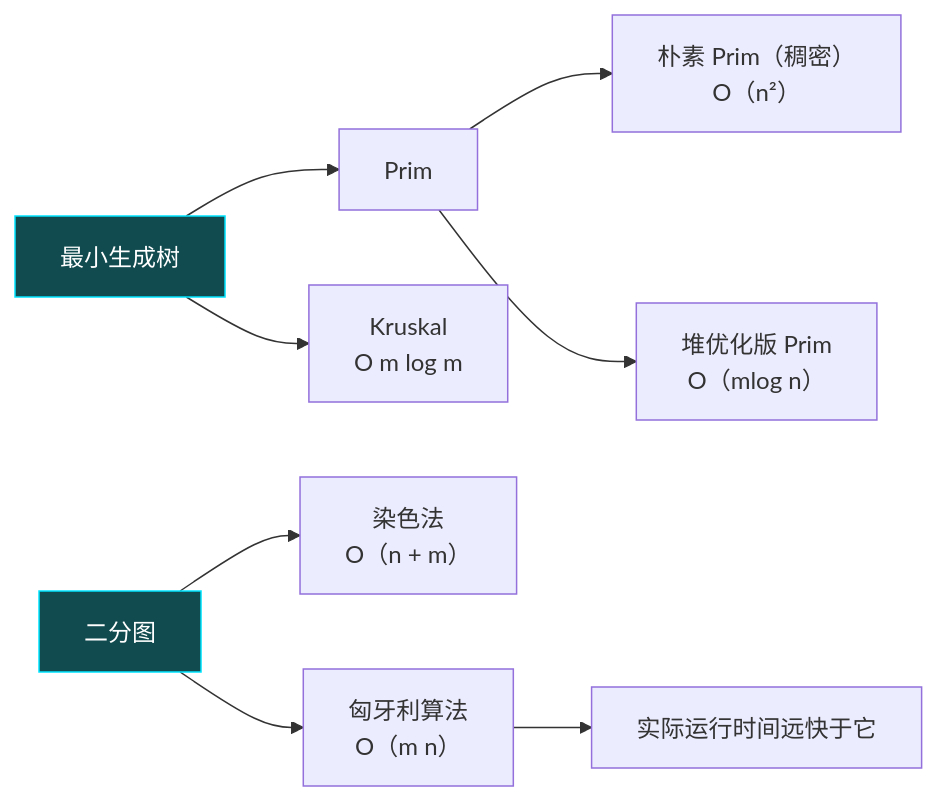
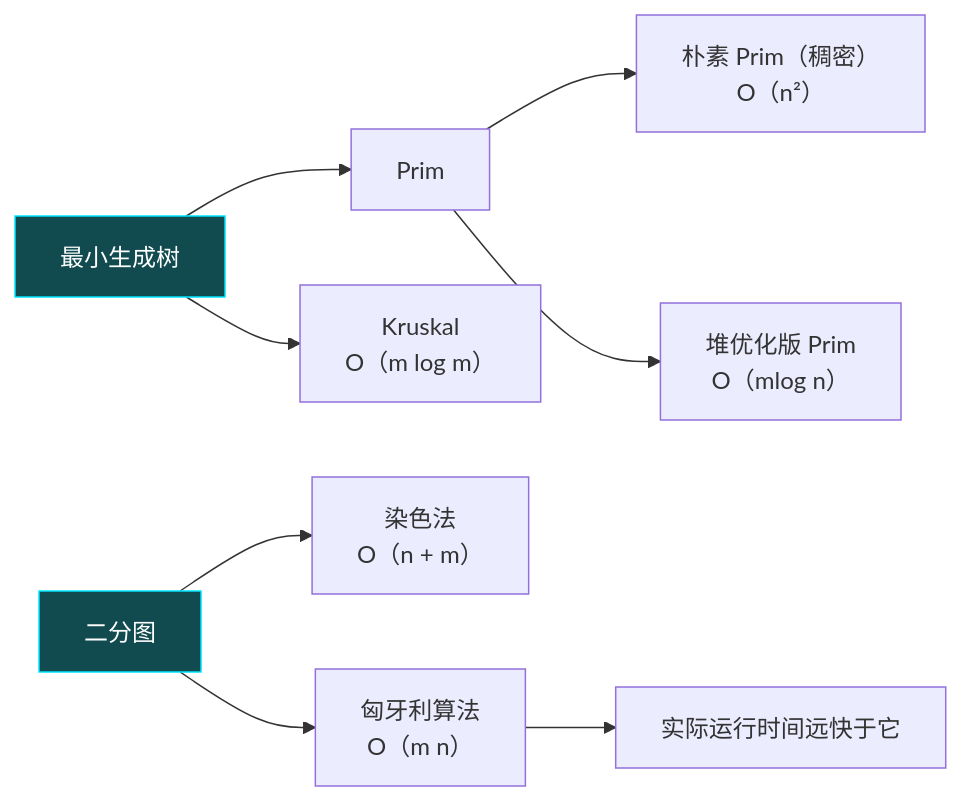
One commit to yxmmmm/obsidian-vault changed the diagram in algorithm/最小生成树和二分图.md. Above: the diagram before and after it, drawn with Mermaid. The commit also changed other lines of this file and 1 other file, not shown here.

````diff
--- a/algorithm/最小生成树和二分图.md
+++ b/algorithm/最小生成树和二分图.md
@@ -3,23 +3,23 @@
 ```mermaid
 graph LR
     %% 核心节点
     MST[最小生成树]
     Bi[二分图]
 
     %% 最小生成树分支
     MST --> Prim[Prim]
-    MST --> Kruskal[Kruskal <br>O m log m]
+    MST --> Kruskal[Kruskal <br>O（m log m）]
     
     Prim --> Prim_Naive[朴素 Prim（稠密）<br>O（n²）]
     Prim --> Prim_Heap[堆优化版 Prim <br>O（mlog n）]
 
     %% 二分图分支
     Bi --> Coloring[染色法 <br>O（n + m）]
     Bi --> Hungarian[匈牙利算法 <br>O（m n）]
     
     Hungarian --> Note[实际运行时间远快于它]
 
     %% 样式调整
     style MST fill:#114B4F,stroke:#00E5FF,color:#fff
     style Bi fill:#114B4F,stroke:#00E5FF,color:#fff
 ```
````
